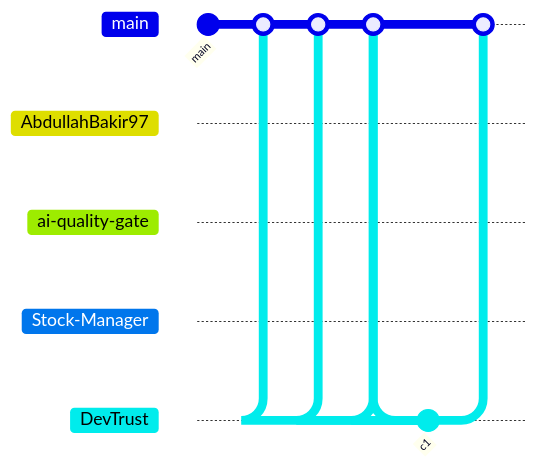
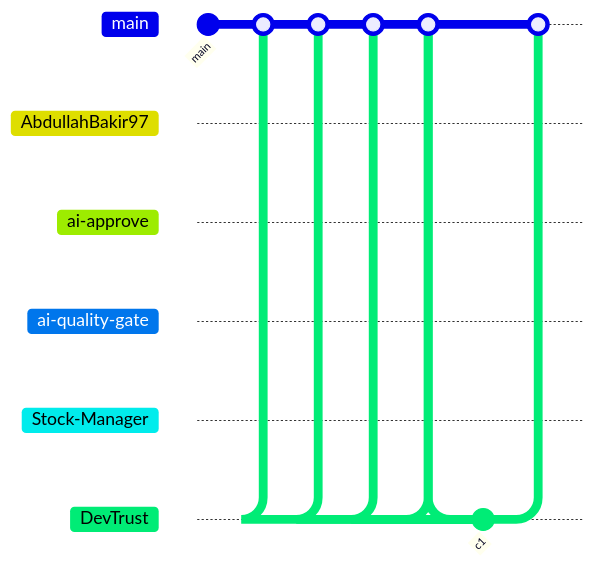
One commit to AbdullahBakir97/AbdullahBakir97 changed the diagram in README.md. Above: the diagram before and after it, drawn with Mermaid. The commit also changed other lines of this file and 7 other files, not shown here.

````diff
--- a/README.md
+++ b/README.md
@@ -336,24 +336,29 @@
 ```mermaid
 gitGraph
    commit id: "main"
    branch AbdullahBakir97
    checkout AbdullahBakir97
    commit id: "c1"
    checkout main
    merge AbdullahBakir97
+   branch ai-approve
+   checkout ai-approve
+   commit id: "c1"
+   checkout main
+   merge ai-approve
    branch ai-quality-gate
    checkout ai-quality-gate
    commit id: "c1"
    checkout main
    merge ai-quality-gate
    branch Stock-Manager
    checkout Stock-Manager
    commit id: "c1"
    checkout main
    merge Stock-Manager
    branch DevTrust
    checkout DevTrust
    commit id: "c1"
    checkout main
    merge DevTrust
 ```
````
